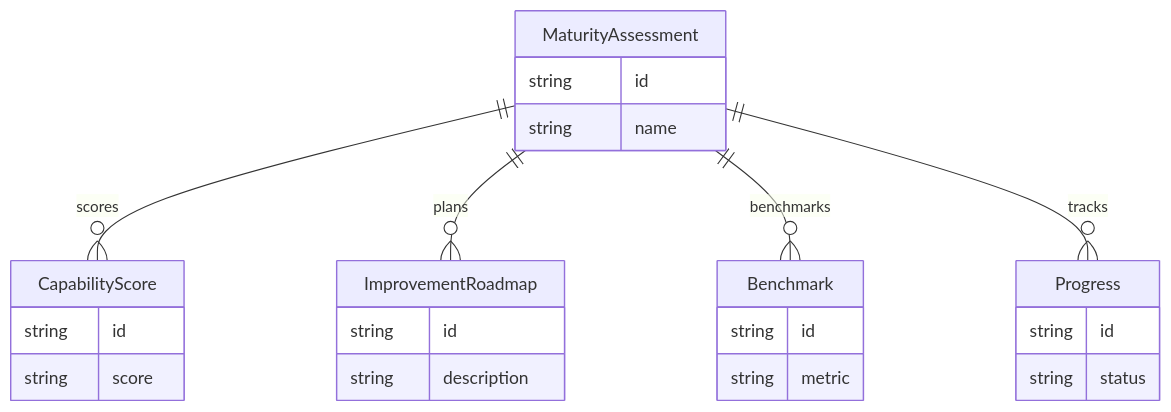
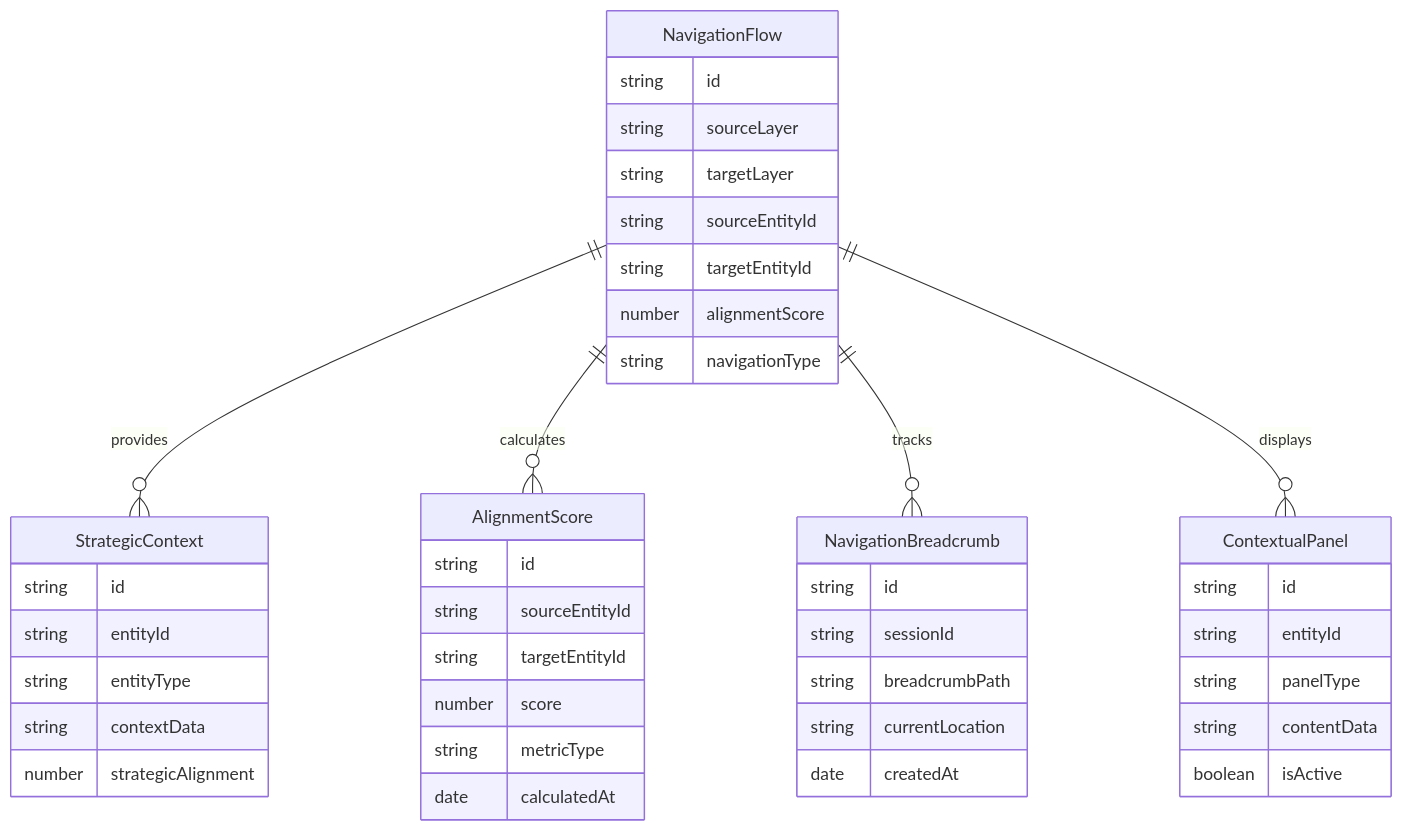
One commit to Duds/capopt_platform changed the eighth of 10 diagrams in docs/design/solution-architecture-design.md. Above: the diagram before and after it, drawn with Mermaid. The commit also changed other lines of this file and 41 other files, not shown here.

First line of the commit message:
feat: Implement Enterprise Information System and Strategic Navigation Flow

````diff
--- a/docs/design/solution-architecture-design.md
+++ b/docs/design/solution-architecture-design.md
@@ -319,27 +431,45 @@
 ```mermaid
 erDiagram
-    MaturityAssessment {
+    NavigationFlow {
         string id
-        string name
+        string sourceLayer
+        string targetLayer
+        string sourceEntityId
+        string targetEntityId
+        number alignmentScore
+        string navigationType
     }
-    CapabilityScore {
+    StrategicContext {
         string id
-        string score
+        string entityId
+        string entityType
+        string contextData
+        number strategicAlignment
     }
-    ImprovementRoadmap {
+    AlignmentScore {
         string id
-        string description
+        string sourceEntityId
+        string targetEntityId
+        number score
+        string metricType
+        date calculatedAt
     }
-    Benchmark {
+    NavigationBreadcrumb {
         string id
-        string metric
+        string sessionId
+        string breadcrumbPath
+        string currentLocation
+        date createdAt
     }
-    Progress {
+    ContextualPanel {
         string id
-        string status
+        string entityId
+        string panelType
+        string contentData
+        boolean isActive
     }
-    MaturityAssessment ||--o{ CapabilityScore : scores
-    MaturityAssessment ||--o{ ImprovementRoadmap : plans
-    MaturityAssessment ||--o{ Benchmark : benchmarks
-    MaturityAssessment ||--o{ Progress : tracks
+    NavigationFlow ||--o{ StrategicContext : provides
+    NavigationFlow ||--o{ AlignmentScore : calculates
+    NavigationFlow ||--o{ NavigationBreadcrumb : tracks
+    NavigationFlow ||--o{ ContextualPanel : displays
 ```
````
